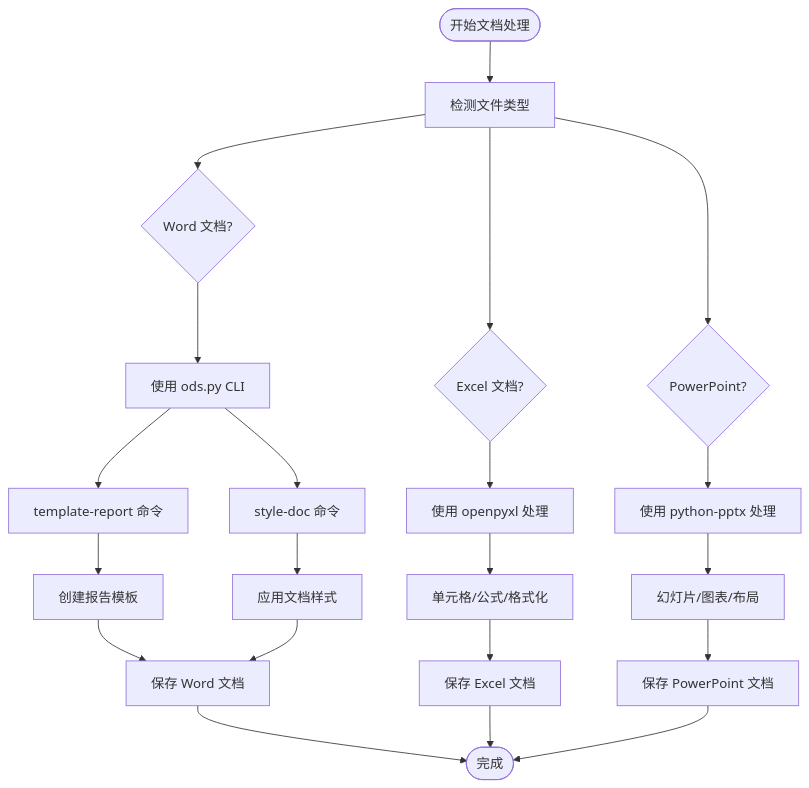
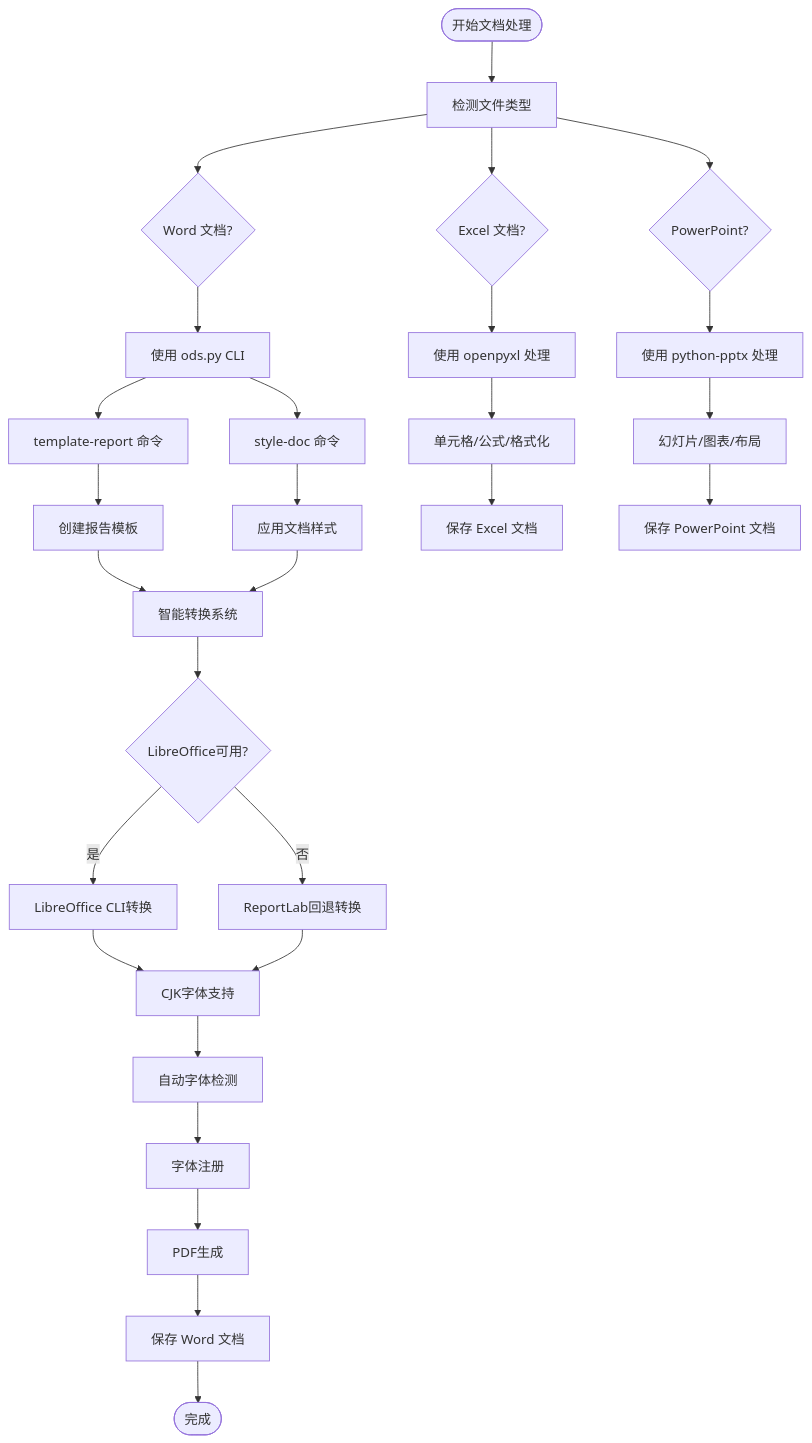
One commit to verse-ai-org/openclaw changed the third of 10 diagrams in .qoder/repowiki/zh/content/技能平台/内置技能/Office 文档专家套件.md. Above: the diagram before and after it, drawn with Mermaid. The commit also changed other lines of this file and 13 other files, not shown here.

````diff
--- a/.qoder/repowiki/zh/content/技能平台/内置技能/Office 文档专家套件.md
+++ b/.qoder/repowiki/zh/content/技能平台/内置技能/Office 文档专家套件.md
@@ -177,23 +206,31 @@
 ```mermaid
 flowchart TD
 Start([开始文档处理]) --> Detect[检测文件类型]
 Detect --> Word{Word 文档?}
 Detect --> Excel{Excel 文档?}
 Detect --> PPT{PowerPoint?}
 Word --> CLI[使用 ods.py CLI]
 Excel --> ExcelProcess[使用 openpyxl 处理]
 PPT --> PPTProcess[使用 python-pptx 处理]
 CLI --> Template[template-report 命令]
 CLI --> Style[style-doc 命令]
 Template --> WordOps[创建报告模板]
 Style --> WordOps2[应用文档样式]
+WordOps --> SmartConvert[智能转换系统]
+WordOps2 --> SmartConvert
+SmartConvert --> PriorityCheck{LibreOffice可用?}
+PriorityCheck --> |是| LibreOfficeConvert[LibreOffice CLI转换]
+PriorityCheck --> |否| ReportLabConvert[ReportLab回退转换]
+LibreOfficeConvert --> CJKSupport[CJK字体支持]
+ReportLabConvert --> CJKSupport
+CJKSupport --> FontDetection[自动字体检测]
+FontDetection --> FontRegistration[字体注册]
+FontRegistration --> PDFGeneration[PDF生成]
 ExcelProcess --> ExcelOps[单元格/公式/格式化]
 PPTProcess --> PPTOps[幻灯片/图表/布局]
-WordOps --> WordSave[保存 Word 文档]
-WordOps2 --> WordSave
+PDFGeneration --> WordSave[保存 Word 文档]
+WordSave --> End([完成])
 ExcelOps --> ExcelSave[保存 Excel 文档]
 PPTOps --> PPtSave[保存 PowerPoint 文档]
-WordSave --> End([完成])
-ExcelSave --> End
-PPtSave --> End
+End
 ```
````
